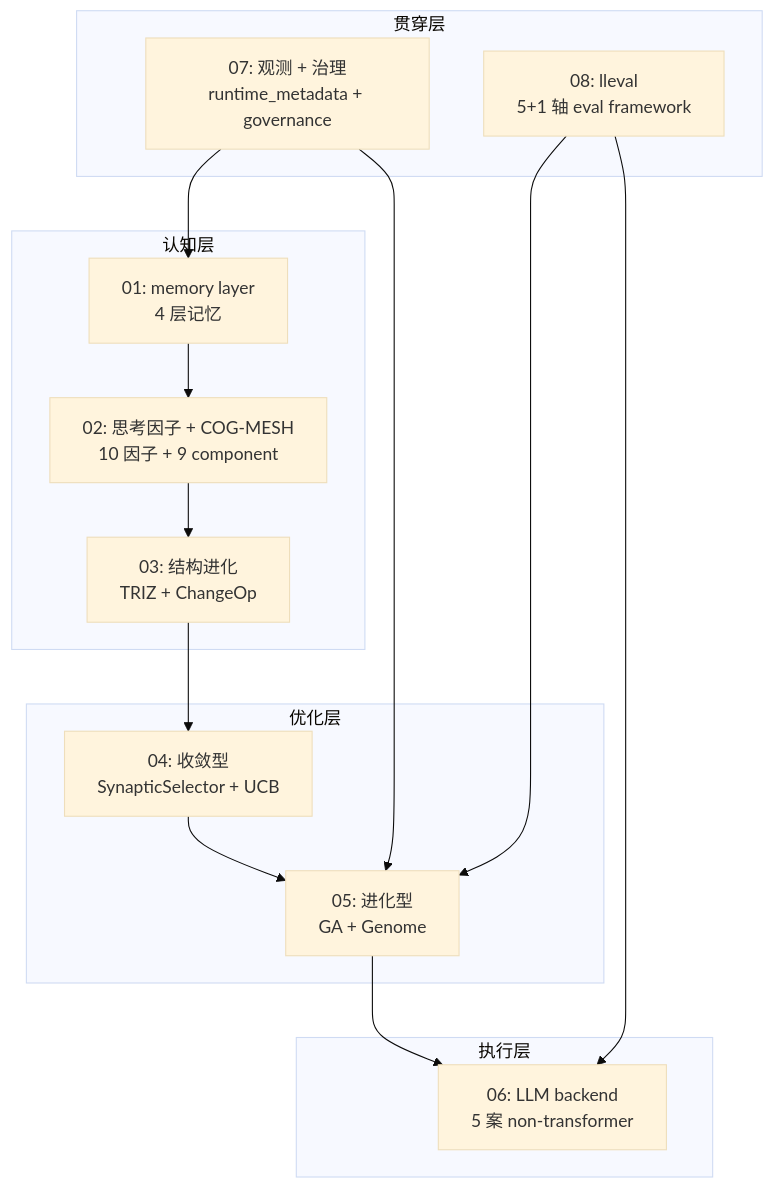
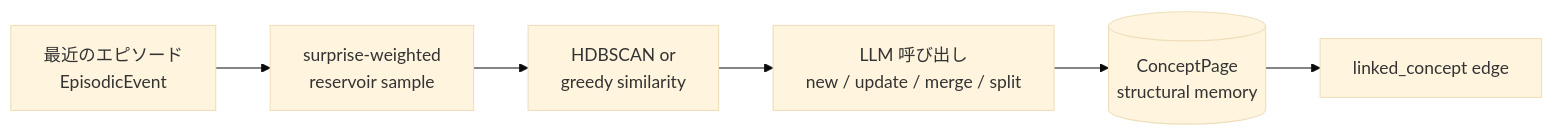
One commit to furuse-kazufumi/fullsense changed the tenth of 16 diagrams in tools/qiita-cli-poc/public/07b4882e872994b27b3c.md. Above: the diagram before and after it, drawn with Mermaid (base theme). The commit also changed other lines of this file and 51 other files, not shown here.

````diff
--- a/tools/qiita-cli-poc/public/07b4882e872994b27b3c.md
+++ b/tools/qiita-cli-poc/public/07b4882e872994b27b3c.md
@@ -327,28 +487,8 @@
 ```mermaid
-flowchart TB
-    subgraph 认知层
-      M[01: memory layer<br/>4 层记忆]
-      C[02: 思考因子 + COG-MESH<br/>10 因子 + 9 component]
-      S[03: 结构进化<br/>TRIZ + ChangeOp]
-    end
-    subgraph 优化层
-      OPT_CONV[04: 收敛型<br/>SynapticSelector + UCB]
-      OPT_EVO[05: 进化型<br/>GA + Genome]
-    end
-    subgraph 执行层
-      BE[06: LLM backend<br/>5 案 non-transformer]
-    end
-    subgraph 贯穿层
-      OBS[07: 观测 + 治理<br/>runtime_metadata + governance]
-      EVAL[08: lleval<br/>5+1 轴 eval framework]
-    end
-    M --> C
-    C --> S
-    S --> OPT_CONV
-    OPT_CONV --> OPT_EVO
-    OPT_EVO --> BE
-    OBS --> M
-    OBS --> OPT_EVO
-    EVAL --> BE
-    EVAL --> OPT_EVO
+flowchart LR
+    Recent[最近のエピソード<br/>EpisodicEvent] --> Replay[surprise-weighted<br/>reservoir sample]
+    Replay --> Cluster[HDBSCAN or<br/>greedy similarity]
+    Cluster --> LLMCall[LLM 呼び出し<br/>new / update / merge / split]
+    LLMCall --> Concept[(ConceptPage<br/>structural memory)]
+    Concept --> Link[linked_concept edge]
 ```
````
